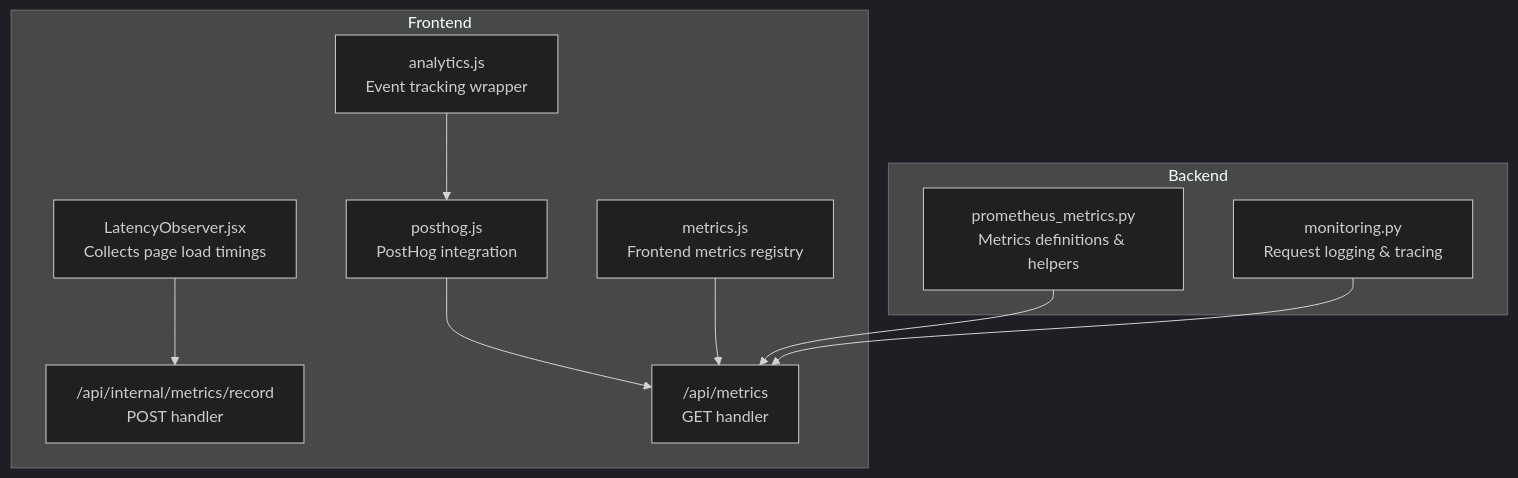
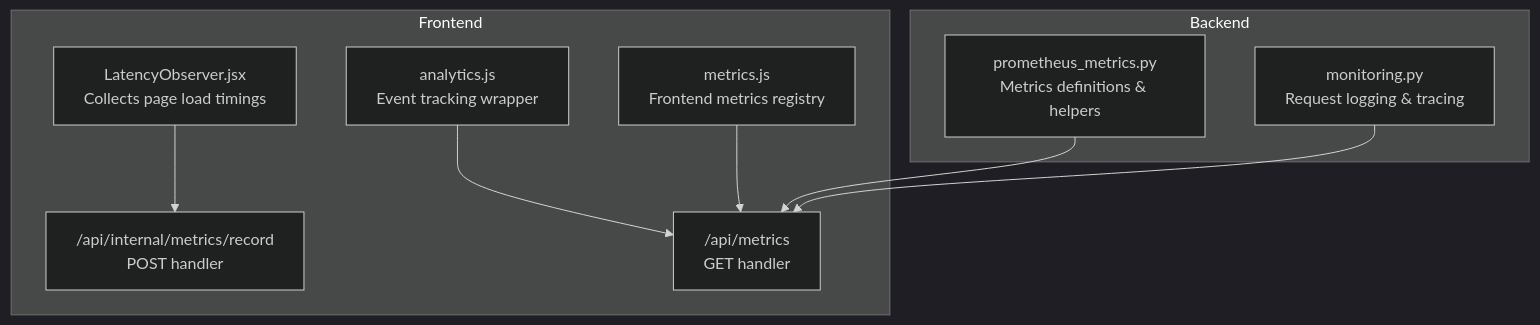
Before and after one commit to rohitkumarnaidu/ScholarFormAI: the first of 4 diagrams in .docs/content/Frontend Development/API Integration/Analytics & Performance Monitoring/Real User Monitoring (RUM).md, drawn with Mermaid (dark theme). The commit also changed other lines of this file and 9 other files, not shown here.

````diff
--- a/.docs/content/Frontend Development/API Integration/Analytics & Performance Monitoring/Real User Monitoring (RUM).md
+++ b/.docs/content/Frontend Development/API Integration/Analytics & Performance Monitoring/Real User Monitoring (RUM).md
@@ -44,21 +43,19 @@
 ```mermaid
 graph TB
 subgraph "Frontend"
 LO["LatencyObserver.jsx<br/>Collects page load timings"]
-PH["posthog.js<br/>PostHog integration"]
 AN["analytics.js<br/>Event tracking wrapper"]
 APIR["/api/internal/metrics/record<br/>POST handler"]
 APIM["/api/metrics<br/>GET handler"]
 MET["metrics.js<br/>Frontend metrics registry"]
 end
 subgraph "Backend"
 PMW["prometheus_metrics.py<br/>Metrics definitions & helpers"]
 MMW["monitoring.py<br/>Request logging & tracing"]
 end
 LO --> APIR
-AN --> PH
-PH --> APIM
+AN --> APIM
 MET --> APIM
 PMW --> APIM
 MMW --> APIM
 ```
````
